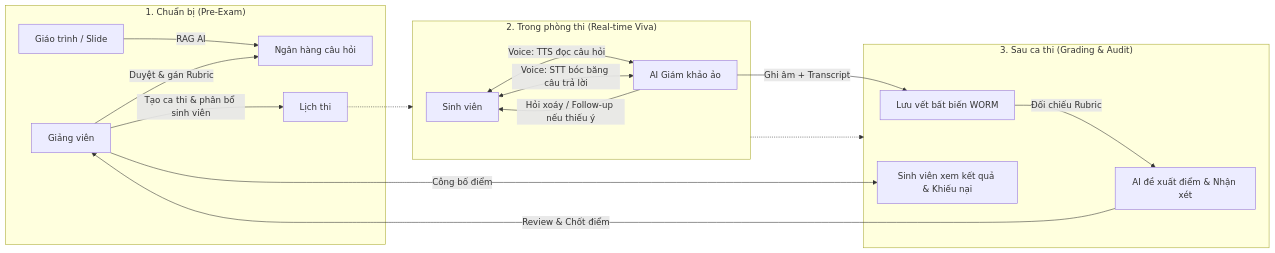
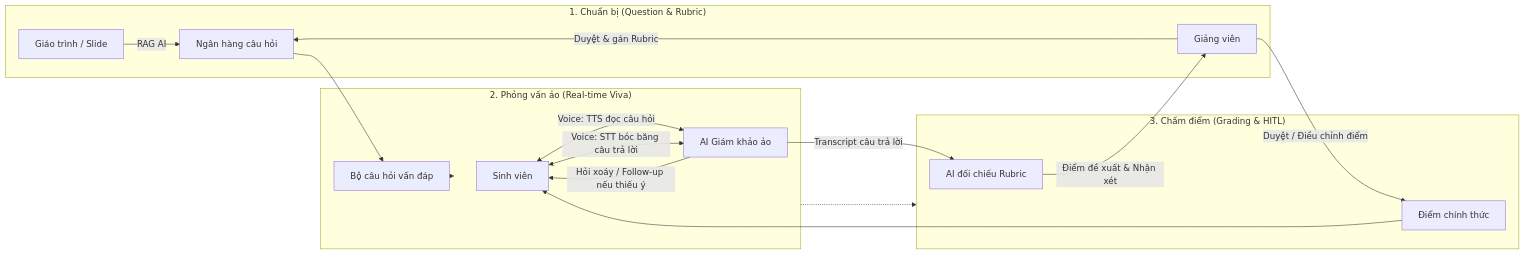
The diagram in document/00-overview/README.md (SWD392-Group-4/AI-powered-Viva-Exam-System), drawn with Mermaid before and after one commit. The commit also changed other lines of this file and 6 other files, not shown here.

````diff
--- a/document/00-overview/README.md
+++ b/document/00-overview/README.md
@@ -29,24 +29,24 @@
 ```mermaid
 flowchart LR
-    subgraph PreExam["1. Chuẩn bị (Pre-Exam)"]
+    subgraph Phase1["1. Chuẩn bị (Question & Rubric)"]
         A[Giáo trình / Slide] -->|RAG AI| B[Ngân hàng câu hỏi]
         C[Giảng viên] -->|Duyệt & gán Rubric| B
-        C -->|Tạo ca thi & phân bổ sinh viên| D[Lịch thi]
     end
 
-    subgraph InExam["2. Trong phòng thi (Real-time Viva)"]
+    subgraph Phase2["2. Phỏng vấn ảo (Real-time Viva)"]
+        B --> D[Bộ câu hỏi vấn đáp]
         E[Sinh viên] <-->|Voice: TTS đọc câu hỏi| F[AI Giám khảo ảo]
         E <-->|Voice: STT bóc băng câu trả lời| F
         F -->|Hỏi xoáy / Follow-up nếu thiếu ý| E
     end
 
-    subgraph PostExam["3. Sau ca thi (Grading & Audit)"]
-        F -->|Ghi âm + Transcript| G[Lưu vết bất biến WORM]
-        G -->|Đối chiếu Rubric| H[AI đề xuất điểm & Nhận xét]
-        H -->|Review & Chốt điểm| C
-        C -->|Công bố điểm| I[Sinh viên xem kết quả & Khiếu nại]
+    subgraph Phase3["3. Chấm điểm (Grading & HITL)"]
+        F -->|Transcript câu trả lời| G[AI đối chiếu Rubric]
+        G -->|Điểm đề xuất & Nhận xét| C
+        C -->|Duyệt / Điều chỉnh điểm| H[Điểm chính thức]
+        H --> E
     end
 
-    D -.-> InExam
-    InExam -.-> PostExam
+    D -.-> Phase2
+    Phase2 -.-> Phase3
 ```
````
